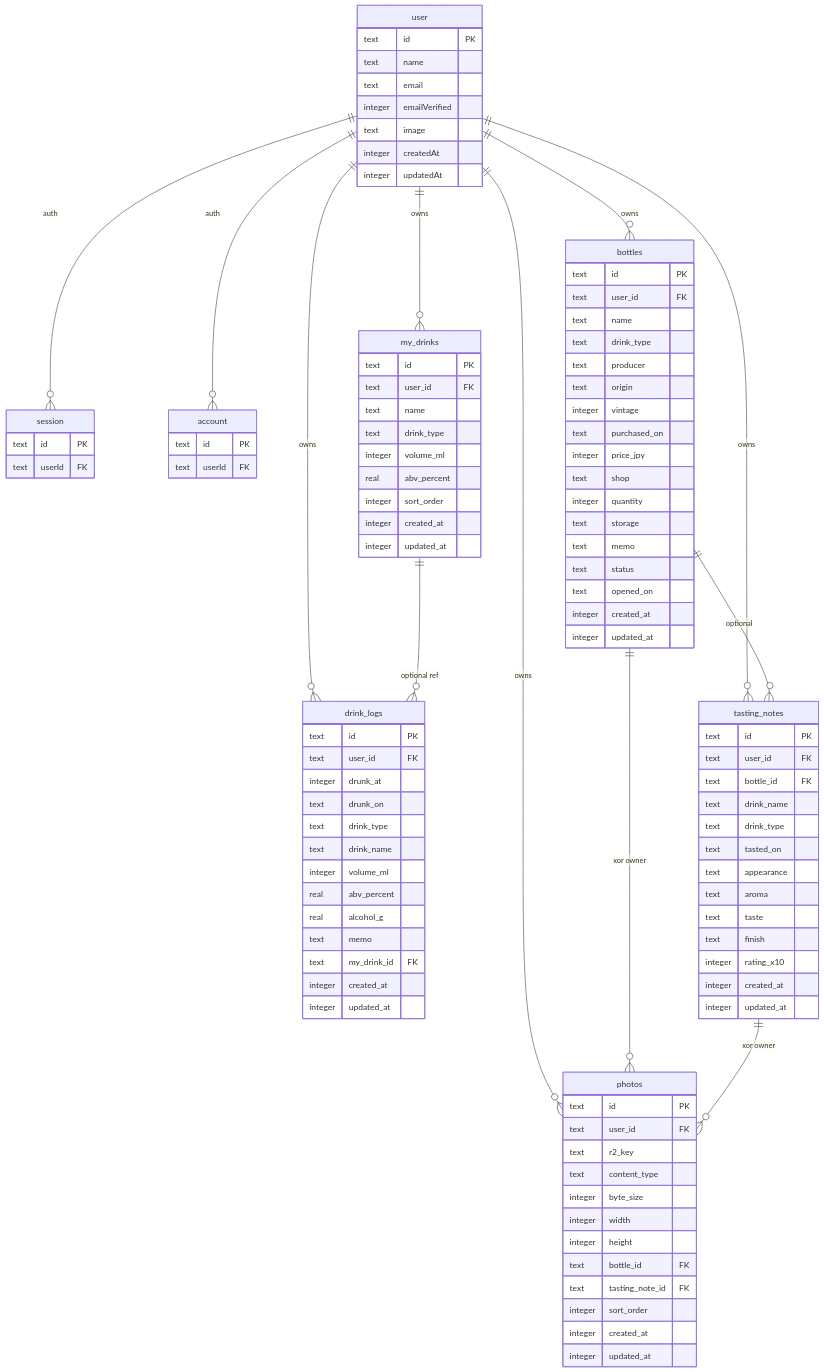
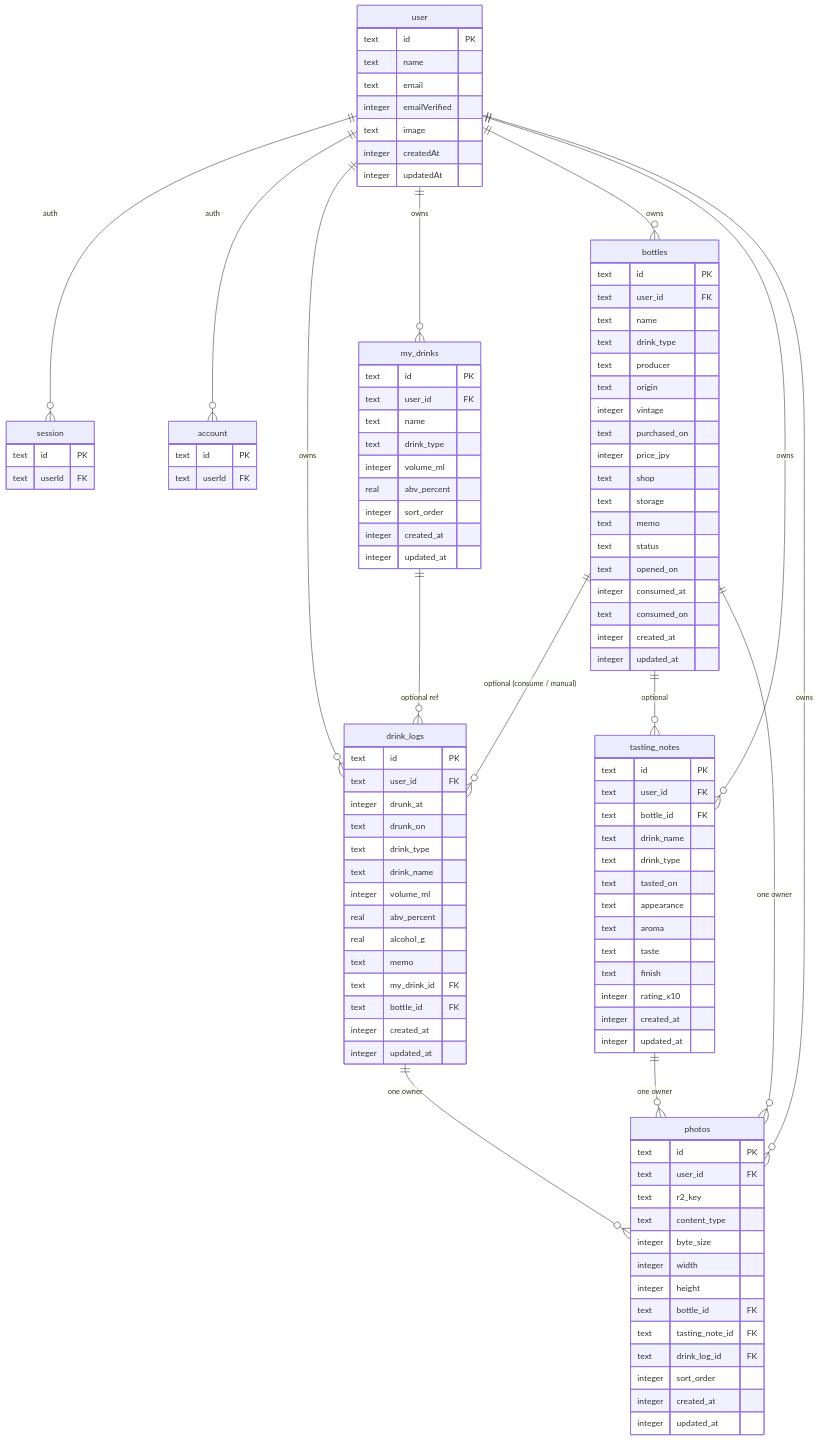
Before and after one commit to akihotsuji/alco-app: the diagram in spec/data-model.md, drawn with Mermaid. The commit also changed other lines of this file and 70 other files, not shown here.

```diff
--- a/spec/data-model.md
+++ b/spec/data-model.md
@@ -90,9 +105,11 @@
     user ||--o{ tasting_notes : owns
     user ||--o{ photos : owns
     my_drinks ||--o{ drink_logs : "optional ref"
+    bottles ||--o{ drink_logs : "optional (consume / manual)"
     bottles ||--o{ tasting_notes : "optional"
-    bottles ||--o{ photos : "xor owner"
-    tasting_notes ||--o{ photos : "xor owner"
+    bottles ||--o{ photos : "one owner"
+    tasting_notes ||--o{ photos : "one owner"
+    drink_logs ||--o{ photos : "one owner"
 
     user {
         text id PK
@@ -126,6 +143,7 @@
         real alcohol_g
         text memo
         text my_drink_id FK
+        text bottle_id FK
         integer created_at
         integer updated_at
     }
@@ -153,11 +171,12 @@
         text purchased_on
         integer price_jpy
         text shop
-        integer quantity
         text storage
         text memo
         text status
         text opened_on
+        integer consumed_at
+        text consumed_on
         integer created_at
         integer updated_at
     }
@@ -188,6 +207,7 @@
         integer height
         text bottle_id FK
         text tasting_note_id FK
+        text drink_log_id FK
         integer sort_order
         integer created_at
         integer updated_at
```
